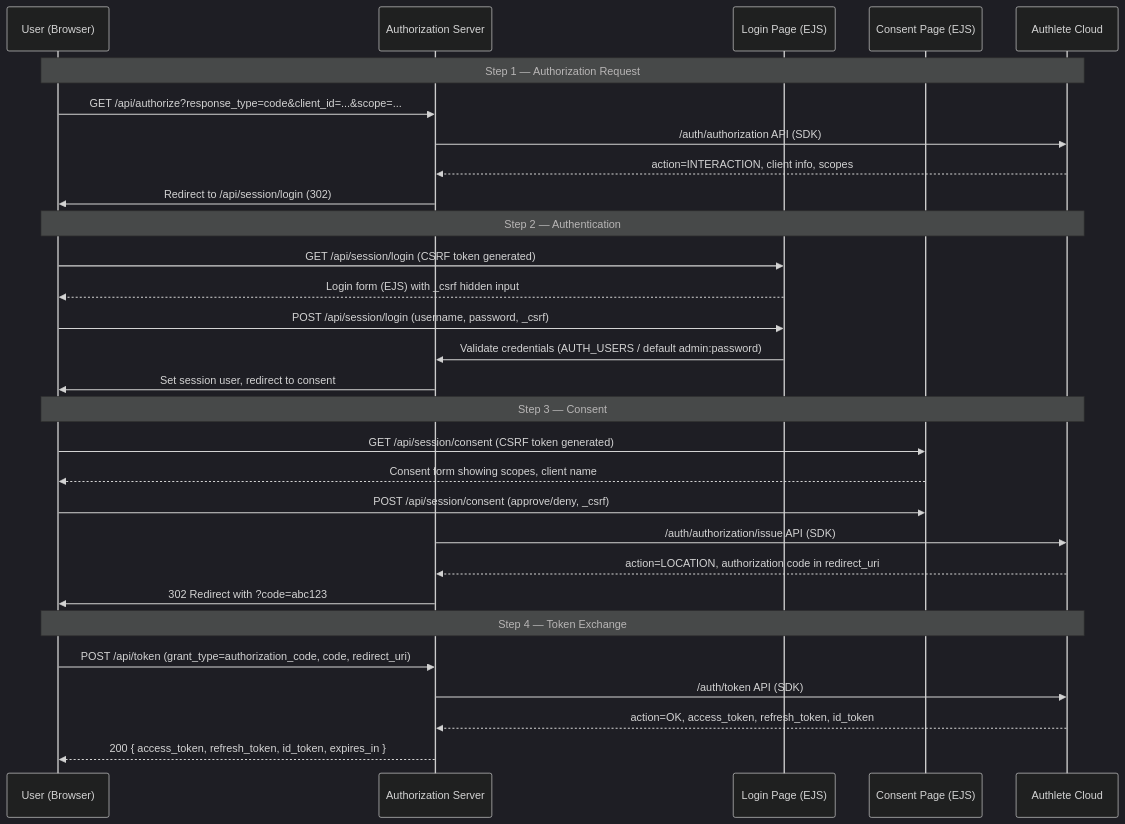
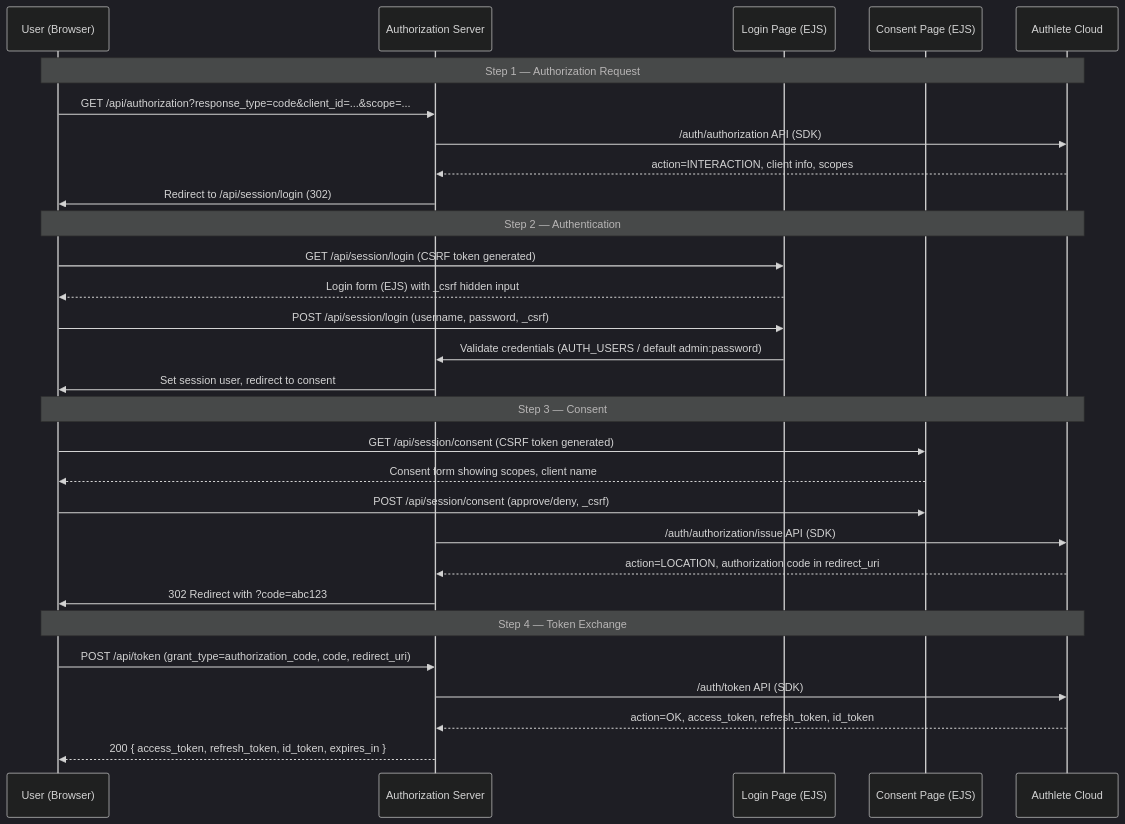
One commit to blackadi/OAUTH2.0 changed the first of 12 diagrams in docs/DATA-FLOWS.md. Above: the diagram before and after it, drawn with Mermaid. The commit also changed other lines of this file and 6 other files, not shown here.

````diff
--- a/docs/DATA-FLOWS.md
+++ b/docs/DATA-FLOWS.md
@@ -18,36 +18,36 @@
 ```mermaid
 %%{init: {'theme': 'dark', 'themeVariables': { 'primaryColor': '#1e293b', 'primaryTextColor': '#e2e8f0', 'primaryBorderColor': '#475569', 'lineColor': '#6366f1', 'secondaryColor': '#0f172a', 'tertiaryColor': '#334155', 'fontFamily': 'Inter'}}}%%
 sequenceDiagram
     participant U as User (Browser)
     participant AS as Authorization Server
     participant LOGIN as Login Page (EJS)
     participant CONSENT as Consent Page (EJS)
     participant AL as Authlete Cloud
     
     Note over U,AL: Step 1 — Authorization Request
-    U->>AS: GET /api/authorize?response_type=code&client_id=...&scope=...
+    U->>AS: GET /api/authorization?response_type=code&client_id=...&scope=...
     AS->>AL: /auth/authorization API (SDK)
     AL-->>AS: action=INTERACTION, client info, scopes
     AS->>U: Redirect to /api/session/login (302)
     
     Note over U,AL: Step 2 — Authentication
     U->>LOGIN: GET /api/session/login (CSRF token generated)
     LOGIN-->>U: Login form (EJS) with _csrf hidden input
     U->>LOGIN: POST /api/session/login (username, password, _csrf)
     LOGIN->>AS: Validate credentials (AUTH_USERS / default admin:password)
     AS->>U: Set session user, redirect to consent
     
     Note over U,AL: Step 3 — Consent
     U->>CONSENT: GET /api/session/consent (CSRF token generated)
     CONSENT-->>U: Consent form showing scopes, client name
     U->>CONSENT: POST /api/session/consent (approve/deny, _csrf)
     AS->>AL: /auth/authorization/issue API (SDK)
     AL-->>AS: action=LOCATION, authorization code in redirect_uri
     AS->>U: 302 Redirect with ?code=abc123
     
     Note over U,AL: Step 4 — Token Exchange
     U->>AS: POST /api/token (grant_type=authorization_code, code, redirect_uri)
     AS->>AL: /auth/token API (SDK)
     AL-->>AS: action=OK, access_token, refresh_token, id_token
     AS-->>U: 200 { access_token, refresh_token, id_token, expires_in }
 ```
````
